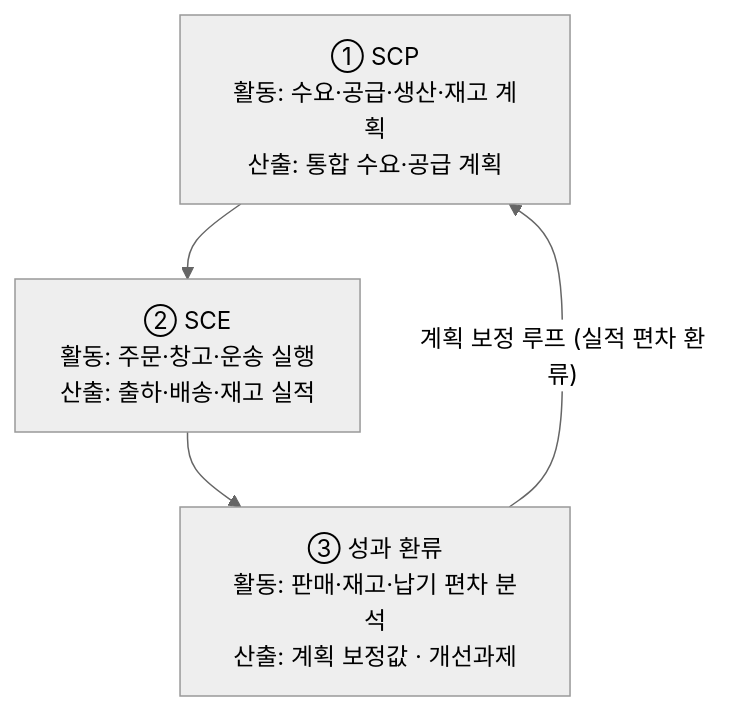
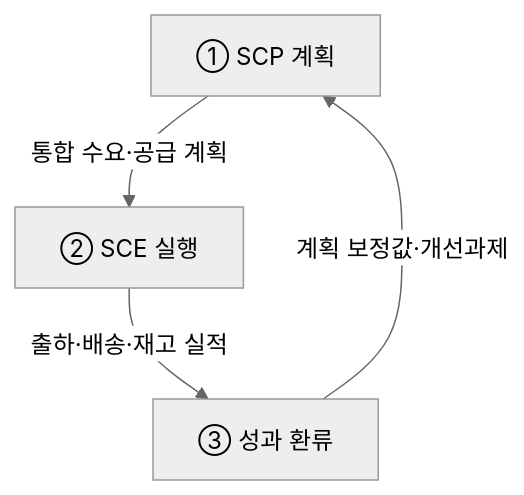
One commit to agnusdei1207/study changed the second of 4 diagrams in src/content/docs/notes/itpe/01-it-strategy/005_scm.md. Above: the diagram before and after it, drawn with Mermaid (neutral theme). The commit also changed other lines of this file and 19 other files, not shown here.

````diff
--- a/src/content/docs/notes/itpe/01-it-strategy/005_scm.md
+++ b/src/content/docs/notes/itpe/01-it-strategy/005_scm.md
@@ -75,9 +73,6 @@
 ```mermaid
 flowchart TD
-    S1["① SCP<br/>활동: 수요·공급·생산·재고 계획<br/>산출: 통합 수요·공급 계획"]
-    S2["② SCE<br/>활동: 주문·창고·운송 실행<br/>산출: 출하·배송·재고 실적"]
-    S3["③ 성과 환류<br/>활동: 판매·재고·납기 편차 분석<br/>산출: 계획 보정값 · 개선과제"]
-
-    S1 --> S2 --> S3
-    S3 -->|"계획 보정 루프 (실적 편차 환류)"| S1
+    S1["① SCP 계획"] -->|"통합 수요·공급 계획"| S2["② SCE 실행"]
+    S2 -->|"출하·배송·재고 실적"| S3["③ 성과 환류"]
+    S3 -->|"계획 보정값·개선과제"| S1
 ```
````
